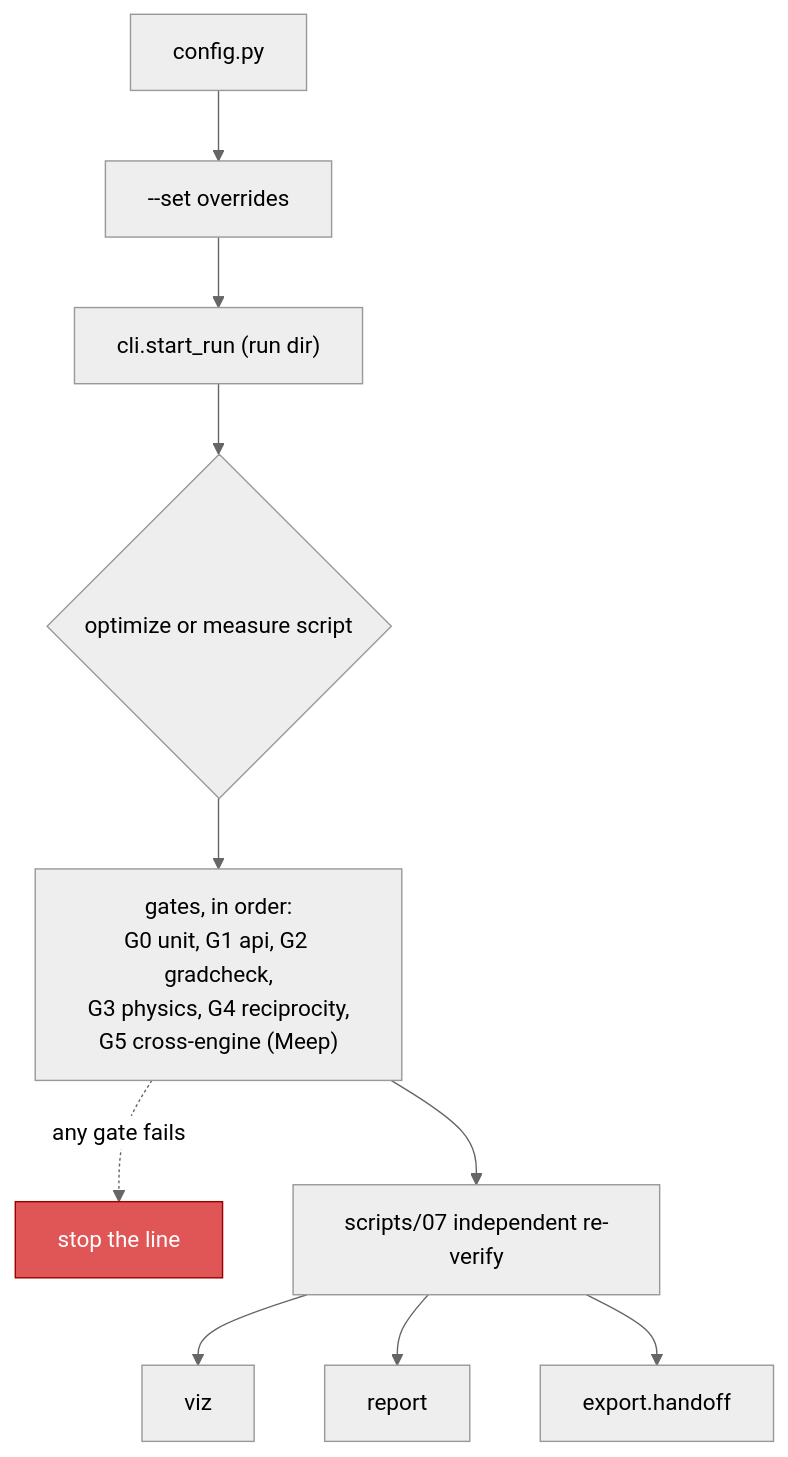
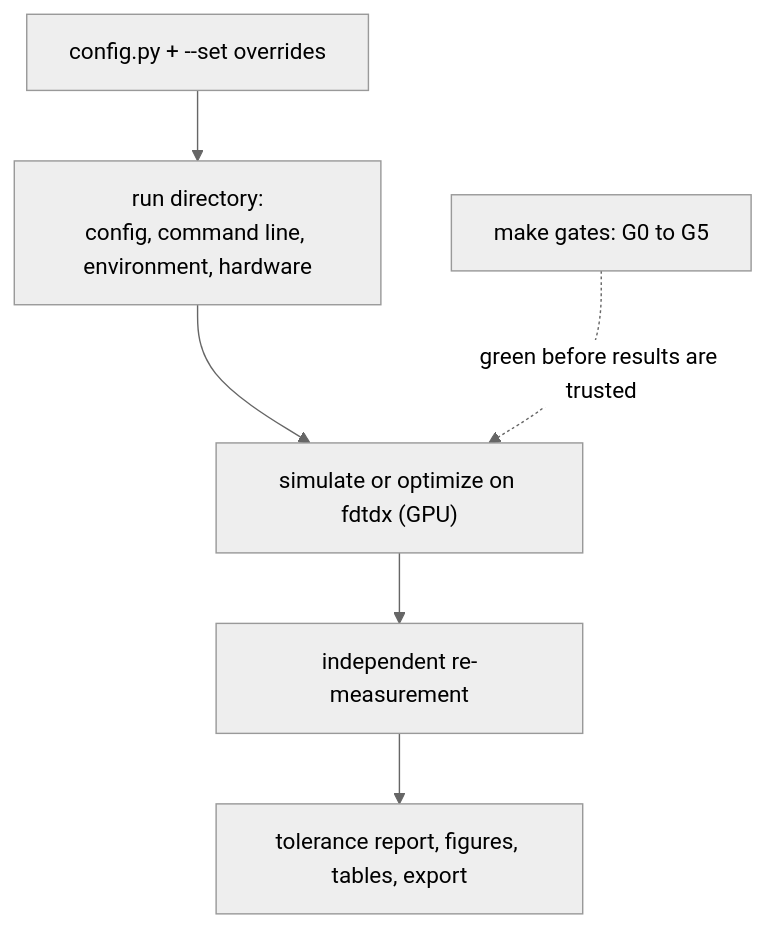
Before and after one commit to chenfish666/invdx: the diagram in README.md, drawn with Mermaid (neutral theme). The commit also changed other lines of this file and 11 other files, not shown here.

````diff
--- a/README.md
+++ b/README.md
@@ -415,16 +214,8 @@
 ```mermaid
 flowchart TD
-    Config["config.py"] --> Overrides["--set overrides"]
-    Overrides --> RunDir["cli.start_run (run dir)"]
-    RunDir --> Script{"optimize or measure script"}
-    Script --> Gates["gates, in order:<br/>G0 unit, G1 api, G2 gradcheck,<br/>G3 physics, G4 reciprocity,<br/>G5 cross-engine (Meep)"]
-
-    Gates -.->|"any gate fails"| Stop["stop the line"]
-
-    Gates --> Verify["scripts/07 independent re-verify"]
-    Verify --> Viz["viz"]
-    Verify --> Report["report"]
-    Verify --> Export["export.handoff"]
-
-    style Stop fill:#e05555,stroke:#900,color:#fff
+    Config["config.py + --set overrides"] --> RunDir["run directory:<br/>config, command line, environment, hardware"]
+    RunDir --> Sim["simulate or optimize on fdtdx (GPU)"]
+    Sim --> Check["independent re-measurement"]
+    Check --> Out["tolerance report, figures, tables, export"]
+    Gates["make gates: G0 to G5"] -.->|"green before results are trusted"| Sim
 ```
````
